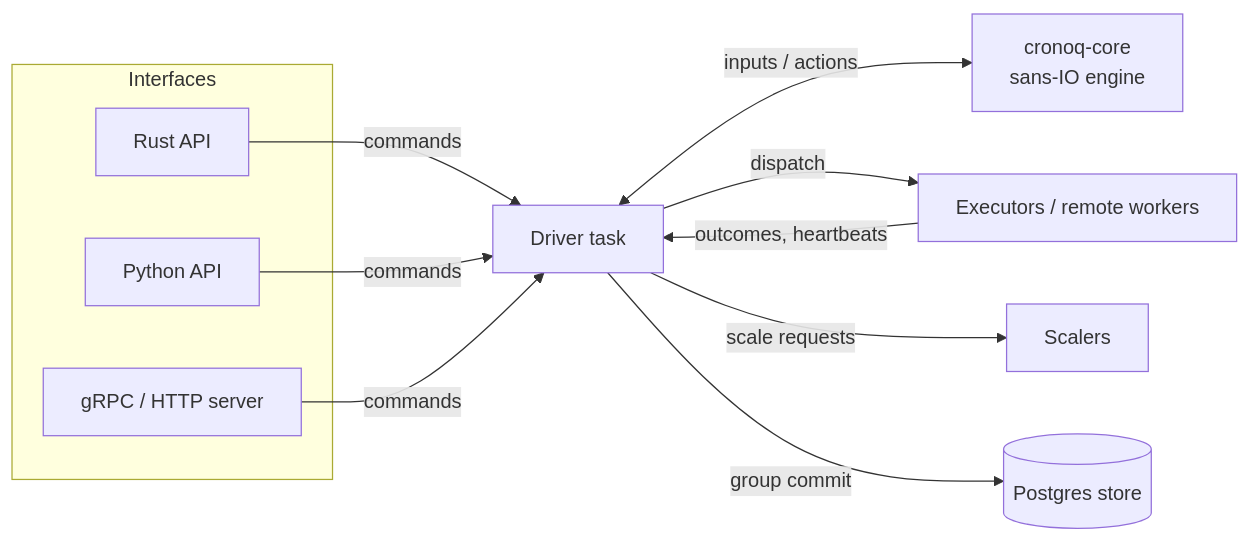
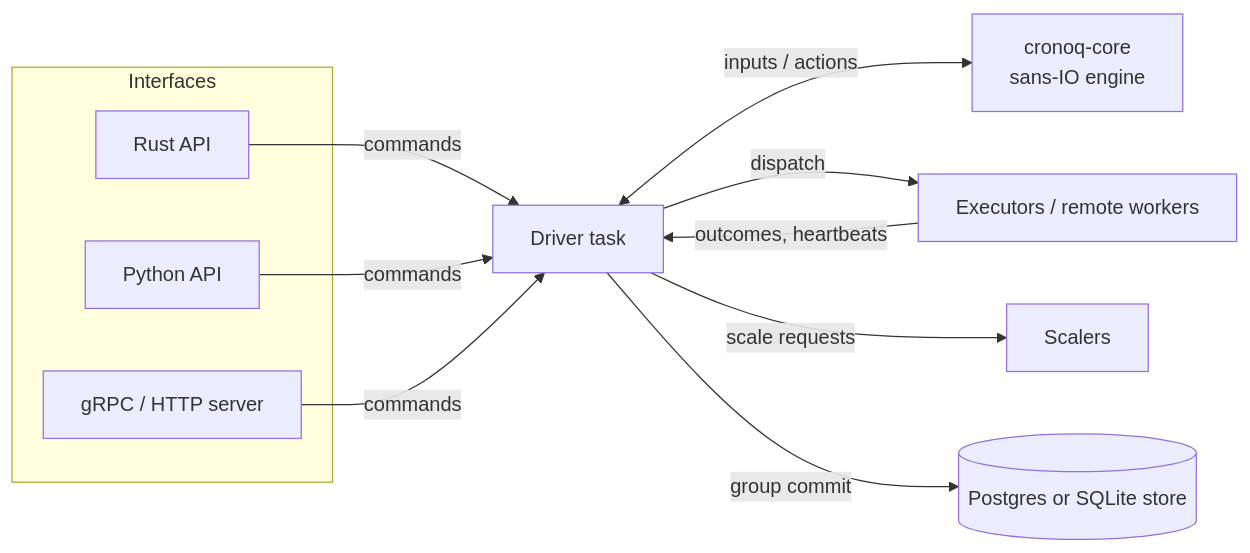
Before and after one commit to synaptiai/cronoq: the diagram in README.md, drawn with Mermaid. The commit also changed other lines of this file and 64 other files, not shown here.

````diff
--- a/README.md
+++ b/README.md
@@ -185,14 +187,14 @@
 ```mermaid
 flowchart LR
     subgraph surfaces[Interfaces]
         R[Rust API]
         P[Python API]
         G[gRPC / HTTP server]
     end
     R & P & G -->|commands| D[Driver task]
     D <-->|inputs / actions| C[cronoq-core<br/>sans-IO engine]
     D -->|dispatch| E[Executors / remote workers]
     E -->|outcomes, heartbeats| D
     D -->|scale requests| S[Scalers]
-    D -->|group commit| DB[(Postgres store)]
+    D -->|group commit| DB[(Postgres or SQLite store)]
 ```
````
